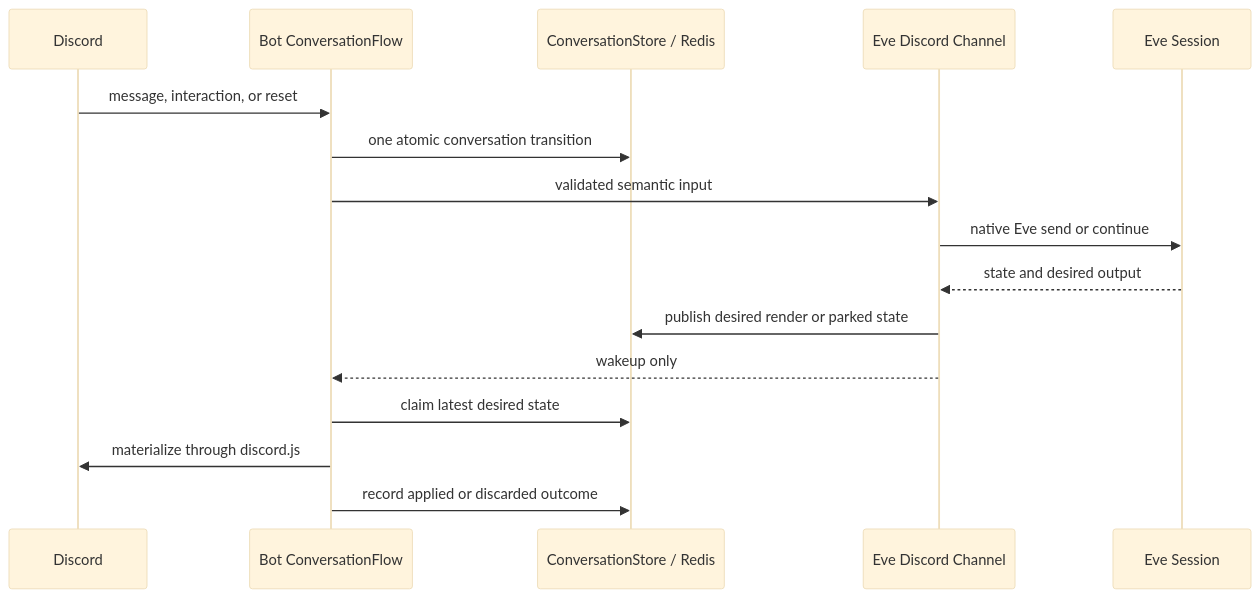
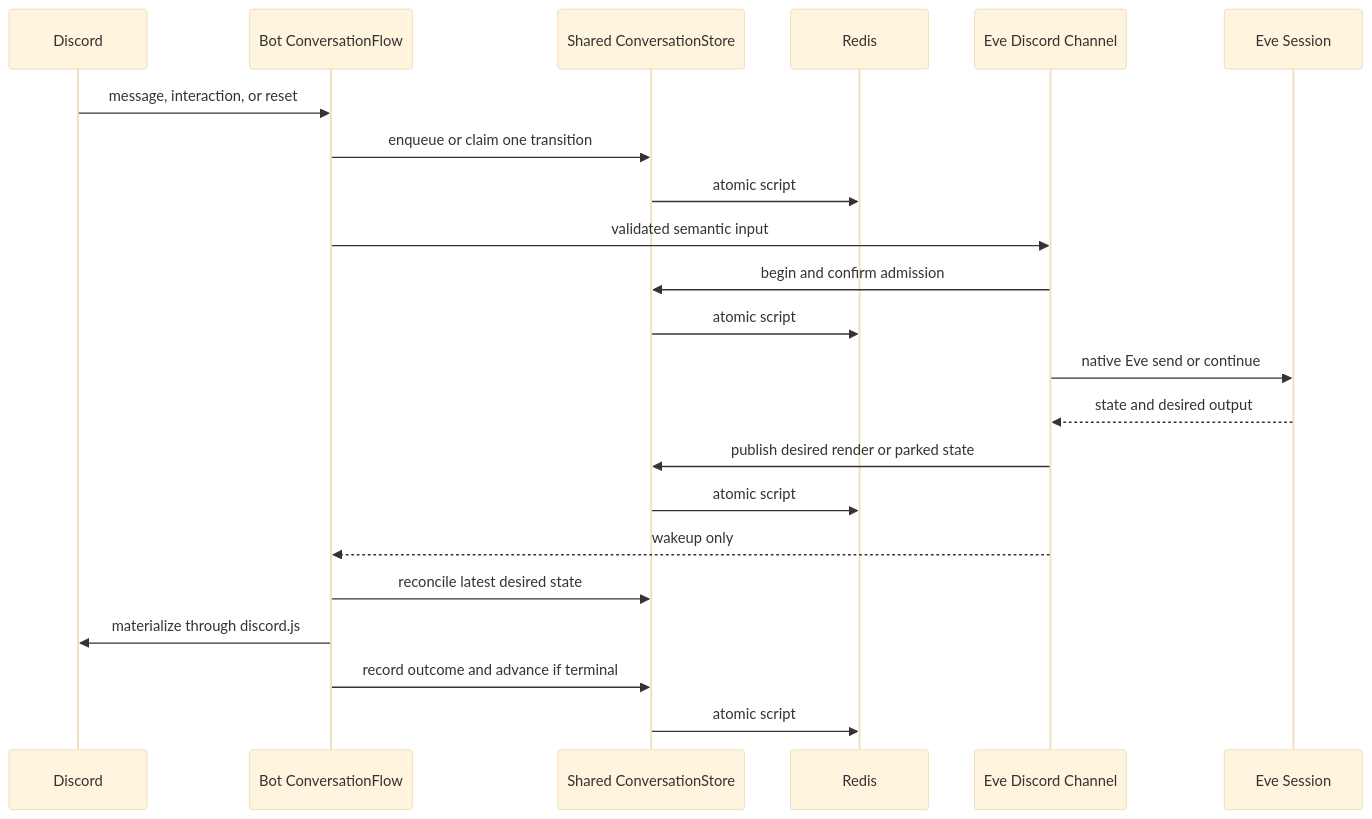
Before and after one commit to purduehackers/wack-hacker: the second of 3 diagrams in docs/architecture.md, drawn with Mermaid (base theme). The commit also changed other lines of this file and 2 other files, not shown here.

````diff
--- a/docs/architecture.md
+++ b/docs/architecture.md
@@ -63,19 +64,25 @@
 ```mermaid
 sequenceDiagram
   participant D as Discord
   participant B as Bot ConversationFlow
-  participant R as ConversationStore / Redis
+  participant C as Shared ConversationStore
+  participant R as Redis
   participant E as Eve Discord Channel
   participant S as Eve Session
 
   D->>B: message, interaction, or reset
-  B->>R: one atomic conversation transition
+  B->>C: enqueue or claim one transition
+  C->>R: atomic script
   B->>E: validated semantic input
+  E->>C: begin and confirm admission
+  C->>R: atomic script
   E->>S: native Eve send or continue
   S-->>E: state and desired output
-  E->>R: publish desired render or parked state
+  E->>C: publish desired render or parked state
+  C->>R: atomic script
   E-->>B: wakeup only
-  B->>R: claim latest desired state
+  B->>C: reconcile latest desired state
   B->>D: materialize through discord.js
-  B->>R: record applied or discarded outcome
+  B->>C: record outcome and advance if terminal
+  C->>R: atomic script
 ```
````
